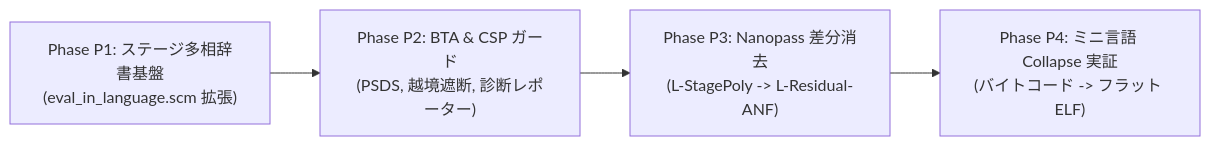
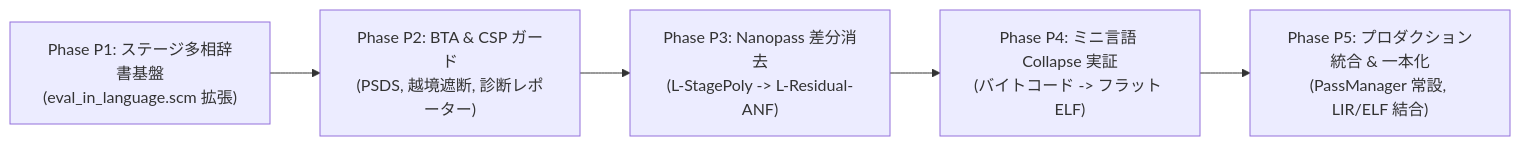
The fourth of 4 diagrams in docs/designs/DSN-33-03-ulisp_stage_polymorphic_metacompiler_and_futamura_projection_architecture.md (rokujyouhitoma/arxiv-security-papers), drawn with Mermaid before and after one commit. The commit also changed other lines of this file and 9 other files, not shown here.

````diff
--- a/docs/designs/DSN-33-03-ulisp_stage_polymorphic_metacompiler_and_futamura_projection_architecture.md
+++ b/docs/designs/DSN-33-03-ulisp_stage_polymorphic_metacompiler_and_futamura_projection_architecture.md
@@ -586,9 +586,10 @@
 ```mermaid
 flowchart LR
     P1["Phase P1: ステージ多相辞書基盤<br/>(eval_in_language.scm 拡張)"]
     P2["Phase P2: BTA & CSP ガード<br/>(PSDS, 越境遮断, 診断レポーター)"]
     P3["Phase P3: Nanopass 差分消去<br/>(L-StagePoly -> L-Residual-ANF)"]
     P4["Phase P4: ミニ言語 Collapse 実証<br/>(バイトコード -> フラット ELF)"]
+    P5["Phase P5: プロダクション統合 & 一本化<br/>(PassManager 常設, LIR/ELF 結合)"]
 
-    P1 --> P2 --> P3 --> P4
+    P1 --> P2 --> P3 --> P4 --> P5
 ```
````
